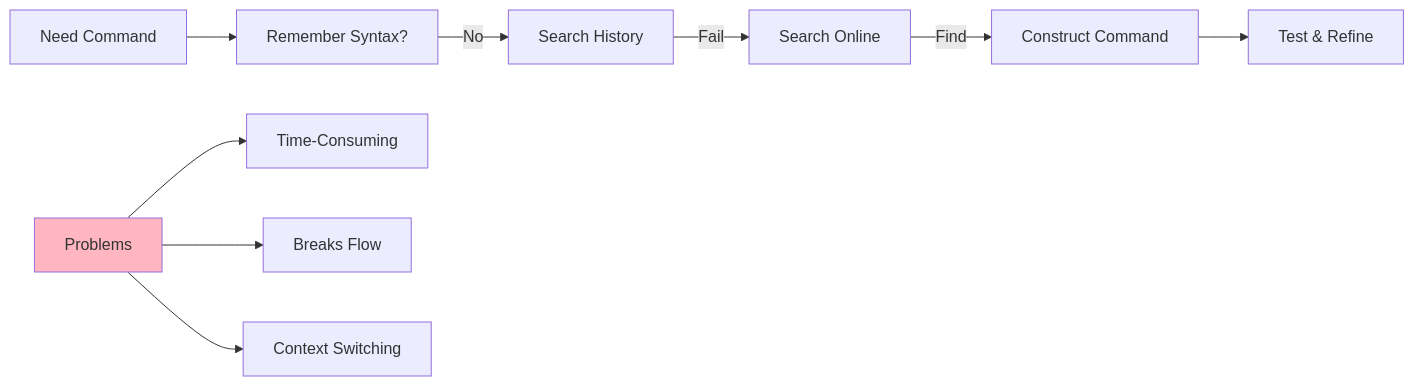
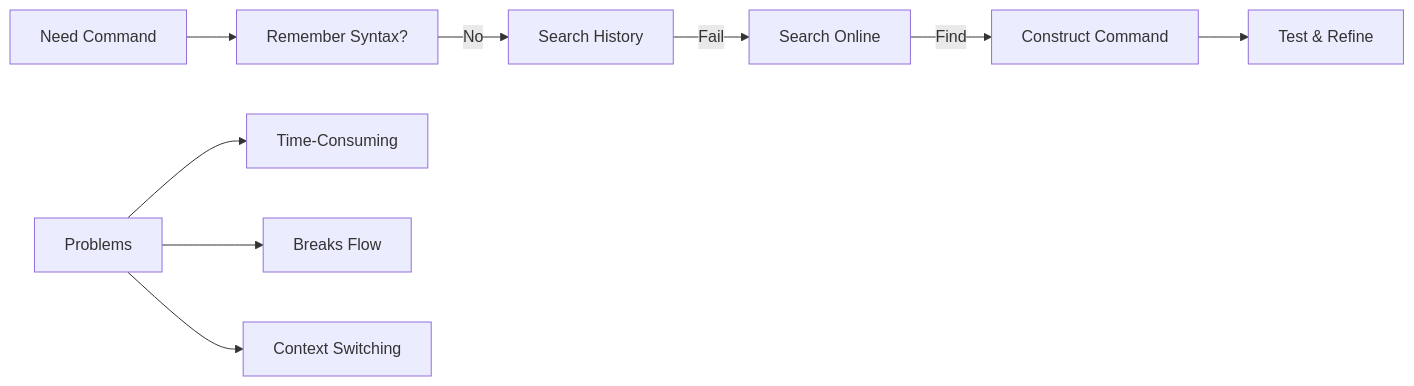
The fourth of 11 diagrams in docs/projects/llmsh.md (4gh0rn/dev-blog), drawn with Mermaid before and after one commit. The commit also changed other lines of this file and 17 other files, not shown here.

````diff
--- a/docs/projects/llmsh.md
+++ b/docs/projects/llmsh.md
@@ -132,14 +123,12 @@
 ```mermaid
 graph LR
     A[Need Command] --> B[Remember Syntax?]
     B -->|No| C[Search History]
     C -->|Fail| D[Search Online]
     D -->|Find| E[Construct Command]
     E --> F[Test & Refine]
     
     G[Problems] --> G1[Time-Consuming]
     G --> G2[Breaks Flow]
     G --> G3[Context Switching]
-    
-    style G fill:#FFB6C1
 ```
````
